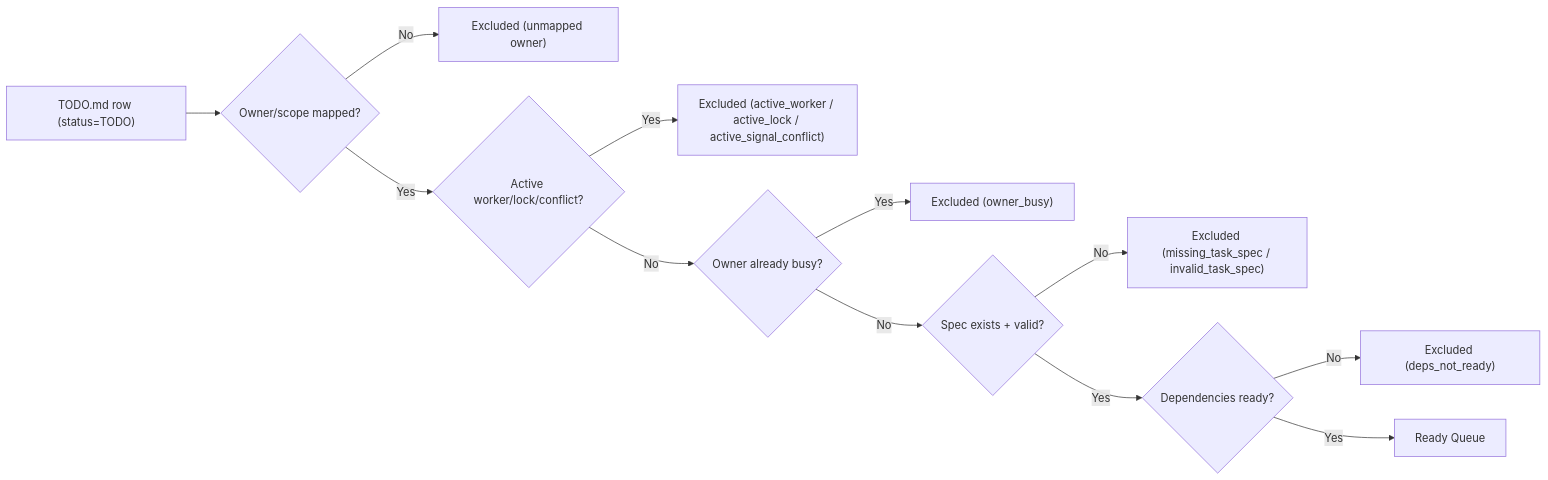
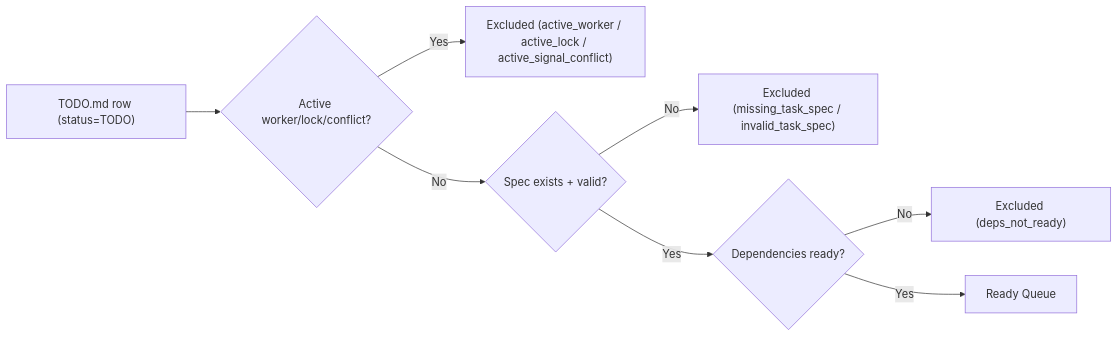
One commit to jaycho46/codex-tasks changed the first of 2 diagrams in README.md. Above: the diagram before and after it, drawn with Mermaid. The commit also changed other lines of this file and 30 other files, not shown here.

Commit message:
refactor: remove owner-based scheduling and use deps-only flow

````diff
--- a/README.md
+++ b/README.md
@@ -132,14 +130,10 @@
 ```mermaid
 flowchart LR
-  A["TODO.md row (status=TODO)"] --> B{"Owner/scope mapped?"}
-  B -- "No" --> X["Excluded (unmapped owner)"]
-  B -- "Yes" --> C{"Active worker/lock/conflict?"}
+  A["TODO.md row (status=TODO)"] --> C{"Active worker/lock/conflict?"}
   C -- "Yes" --> E["Excluded (active_worker / active_lock / active_signal_conflict)"]
-  C -- "No" --> D{"Owner already busy?"}
-  D -- "Yes" --> F["Excluded (owner_busy)"]
-  D -- "No" --> G{"Spec exists + valid?"}
+  C -- "No" --> G{"Spec exists + valid?"}
   G -- "No" --> H["Excluded (missing_task_spec / invalid_task_spec)"]
   G -- "Yes" --> I{"Dependencies ready?"}
   I -- "No" --> J["Excluded (deps_not_ready)"]
   I -- "Yes" --> K["Ready Queue"]
 ```
````
